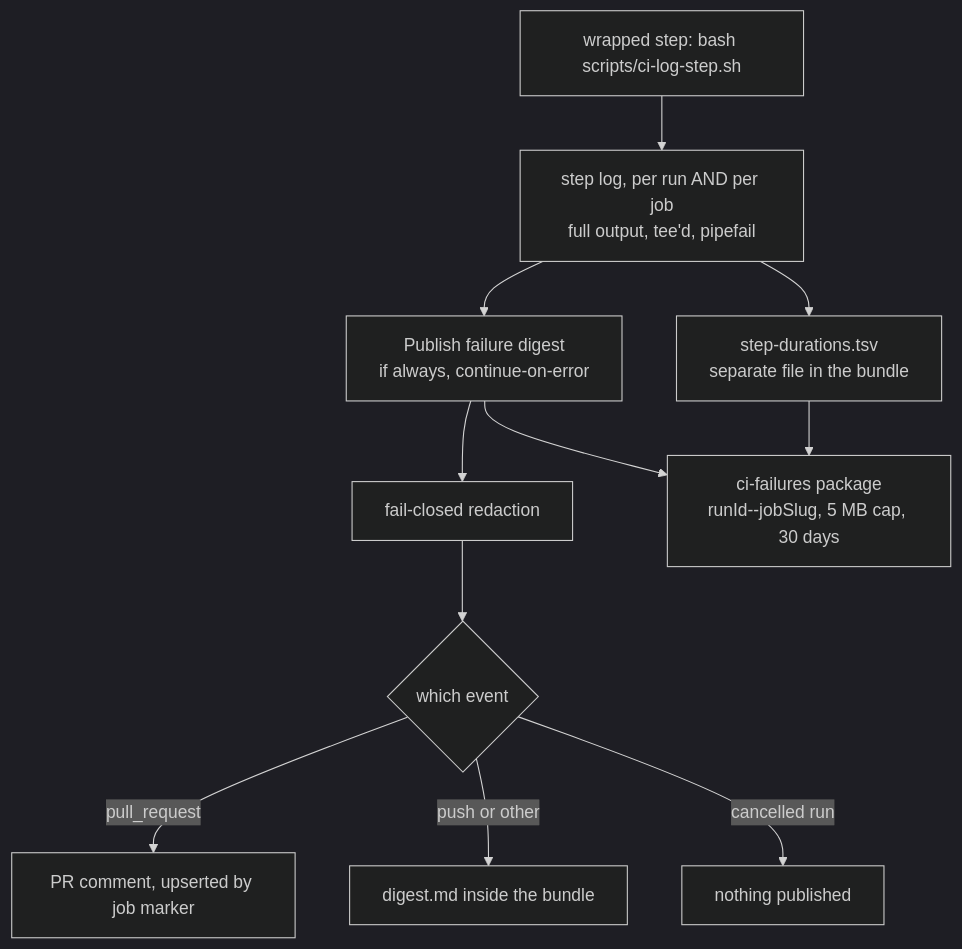
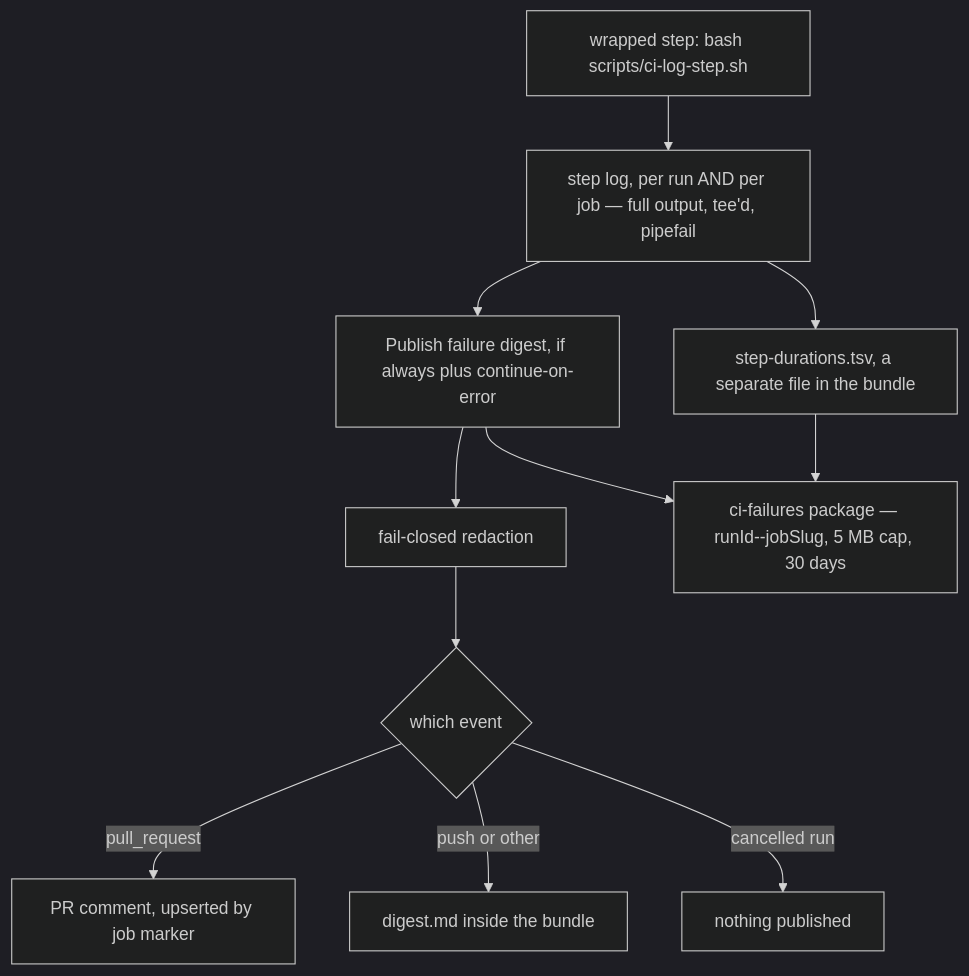
One commit to jumbleknot/MovieCollectionManager changed the diagram in openwiki/runbooks/ci-evidence-pipeline.md. Above: the diagram before and after it, drawn with Mermaid (dark theme). The commit also changed other lines of this file and 34 other files, not shown here.

````diff
--- a/openwiki/runbooks/ci-evidence-pipeline.md
+++ b/openwiki/runbooks/ci-evidence-pipeline.md
@@ -65,13 +65,13 @@
 ```mermaid
 flowchart TD
-  W["wrapped step: bash scripts/ci-log-step.sh"] --> LOG["step log, per run AND per job\nfull output, tee'd, pipefail"]
-  LOG --> DIG["Publish failure digest\nif always, continue-on-error"]
+  W["wrapped step: bash scripts/ci-log-step.sh"] --> LOG["step log, per run AND per job — full output, tee'd, pipefail"]
+  LOG --> DIG["Publish failure digest, if always plus continue-on-error"]
   DIG --> RED["fail-closed redaction"]
   RED --> CH{"which event"}
   CH -->|"pull_request"| PR["PR comment, upserted by job marker"]
   CH -->|"push or other"| BUN["digest.md inside the bundle"]
   CH -->|"cancelled run"| NON["nothing published"]
-  DIG --> B["ci-failures package\nrunId--jobSlug, 5 MB cap, 30 days"]
-  LOG --> DUR["step-durations.tsv\nseparate file in the bundle"]
+  DIG --> B["ci-failures package — runId--jobSlug, 5 MB cap, 30 days"]
+  LOG --> DUR["step-durations.tsv, a separate file in the bundle"]
   DUR --> B
 ```
````
